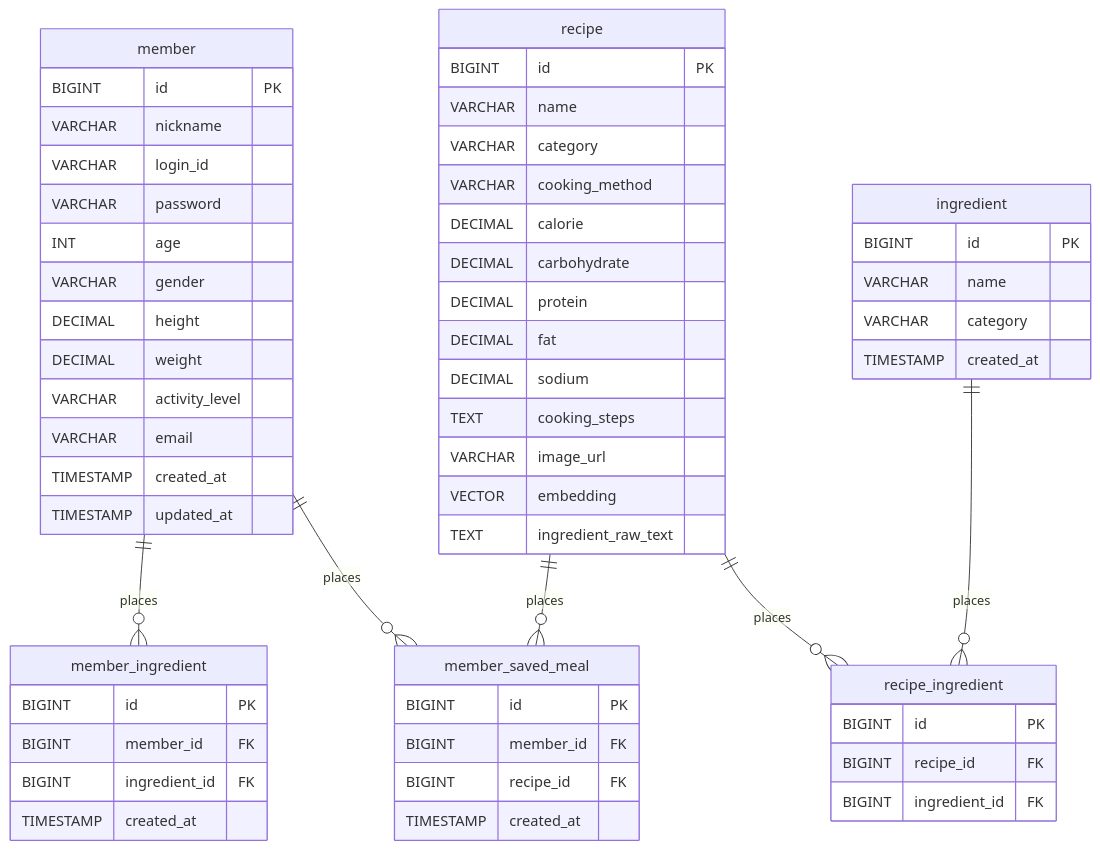
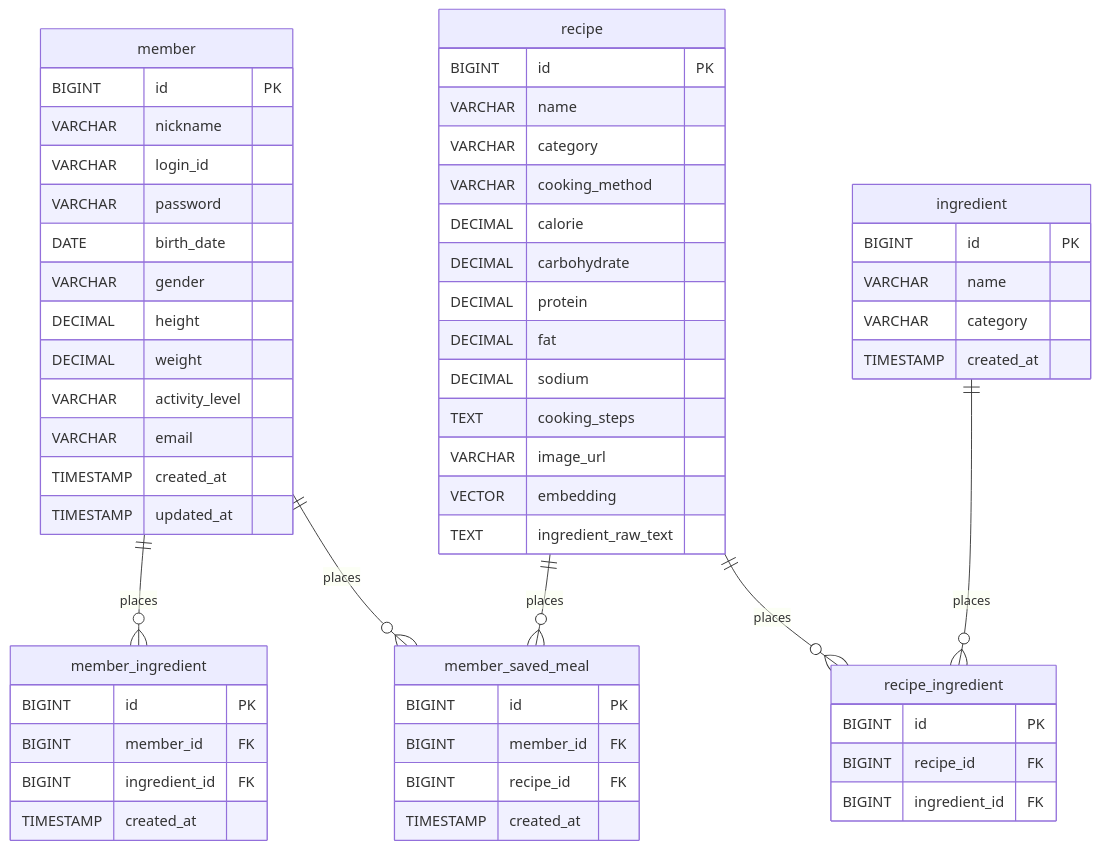
Before and after one commit to hg-proj/mealgram: the second of 2 diagrams in docs/ERD.md, drawn with Mermaid. The commit also changed other lines of this file and 17 other files, not shown here.

```diff
--- a/docs/ERD.md
+++ b/docs/ERD.md
@@ -62,7 +62,7 @@
         VARCHAR nickname
         VARCHAR login_id 
         VARCHAR password 
-        INT age 
+        DATE birth_date 
         VARCHAR gender 
         DECIMAL height 
         DECIMAL weight 
```
